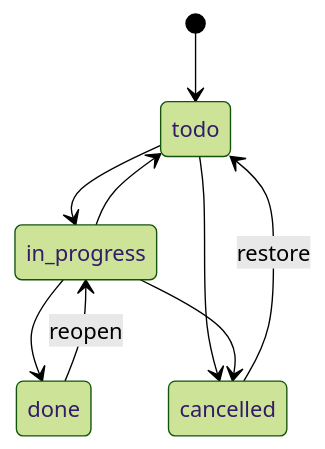
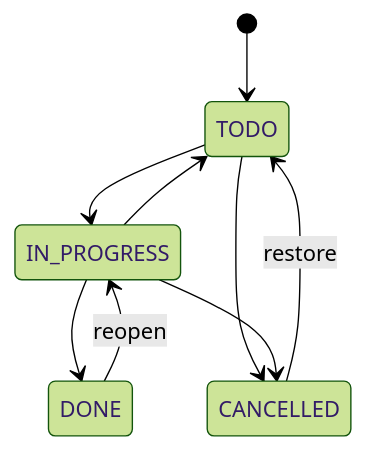
One commit to kinghouse12-wq/backend changed the second of 2 diagrams in README.md. Above: the diagram before and after it, drawn with Mermaid (forest theme). The commit also changed other lines of this file and 93 other files, not shown here.

````diff
--- a/README.md
+++ b/README.md
@@ -126,11 +113,11 @@
 ```mermaid
 stateDiagram-v2
-    [*] --> todo
-    todo --> in_progress
-    todo --> cancelled
-    in_progress --> todo
-    in_progress --> done
-    in_progress --> cancelled
-    done --> in_progress: reopen
-    cancelled --> todo: restore
+    [*] --> TODO
+    TODO --> IN_PROGRESS
+    TODO --> CANCELLED
+    IN_PROGRESS --> TODO
+    IN_PROGRESS --> DONE
+    IN_PROGRESS --> CANCELLED
+    DONE --> IN_PROGRESS: reopen
+    CANCELLED --> TODO: restore
 ```
````
